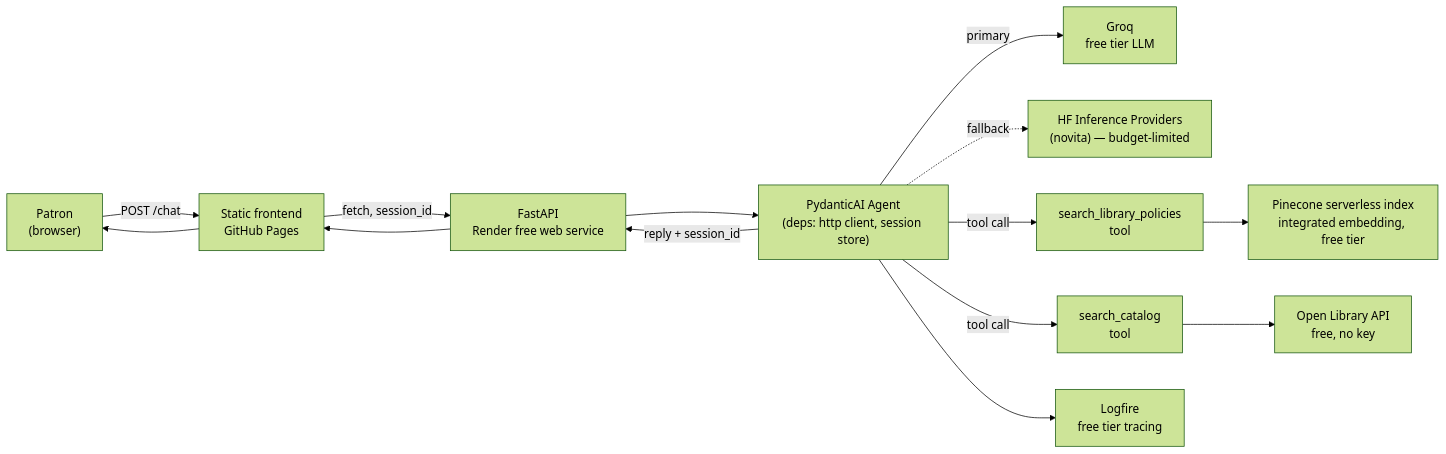
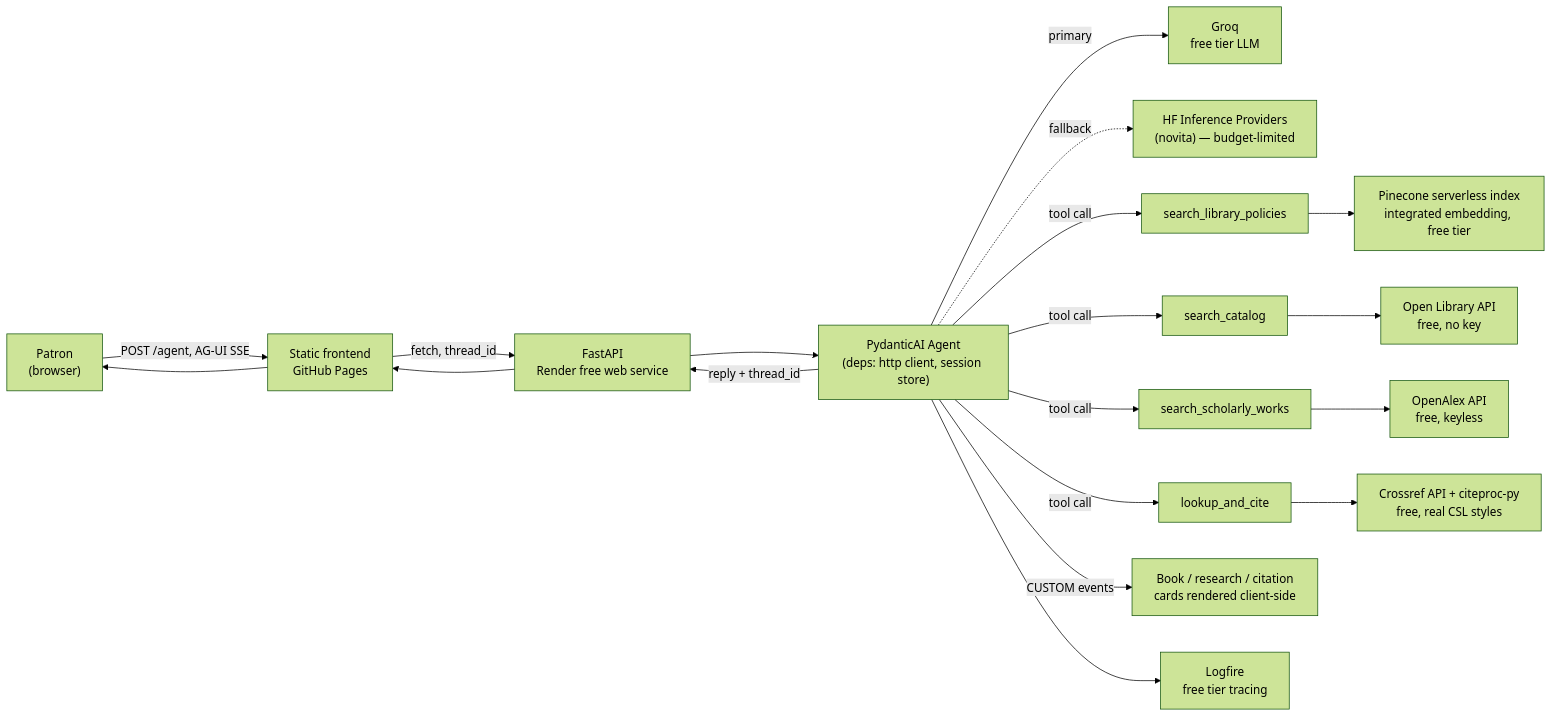
Before and after one commit to JohnnieMaeB/LibSync: the first of 3 diagrams in ARCHITECTURE.md, drawn with Mermaid (forest theme). The commit also changed other lines of this file and 32 other files, not shown here.

````diff
--- a/ARCHITECTURE.md
+++ b/ARCHITECTURE.md
@@ -13,14 +16,19 @@
 ```mermaid
 flowchart LR
-    U["Patron<br/>(browser)"] -->|POST /chat| FE["Static frontend<br/>GitHub Pages"]
-    FE -->|fetch, session_id| API["FastAPI<br/>Render free web service"]
+    U["Patron<br/>(browser)"] -->|POST /agent, AG-UI SSE| FE["Static frontend<br/>GitHub Pages"]
+    FE -->|fetch, thread_id| API["FastAPI<br/>Render free web service"]
     API --> AGT["PydanticAI Agent<br/>(deps: http client, session store)"]
     AGT -->|primary| GROQ["Groq<br/>free tier LLM"]
     AGT -.fallback.-> HF["HF Inference Providers<br/>(novita) — budget-limited"]
-    AGT -->|tool call| POL["search_library_policies<br/>tool"]
-    AGT -->|tool call| CAT["search_catalog<br/>tool"]
+    AGT -->|tool call| POL["search_library_policies"]
+    AGT -->|tool call| CAT["search_catalog"]
+    AGT -->|tool call| RES["search_scholarly_works"]
+    AGT -->|tool call| CITE["lookup_and_cite"]
     POL --> PC["Pinecone serverless index<br/>integrated embedding, free tier"]
     CAT --> OL["Open Library API<br/>free, no key"]
+    RES --> OA["OpenAlex API<br/>free, keyless"]
+    CITE --> CR["Crossref API + citeproc-py<br/>free, real CSL styles"]
+    AGT -->|CUSTOM events| CARD["Book / research / citation<br/>cards rendered client-side"]
     AGT --> LOG["Logfire<br/>free tier tracing"]
-    AGT -->|reply + session_id| API --> FE --> U
+    AGT -->|reply + thread_id| API --> FE --> U
 ```
````
